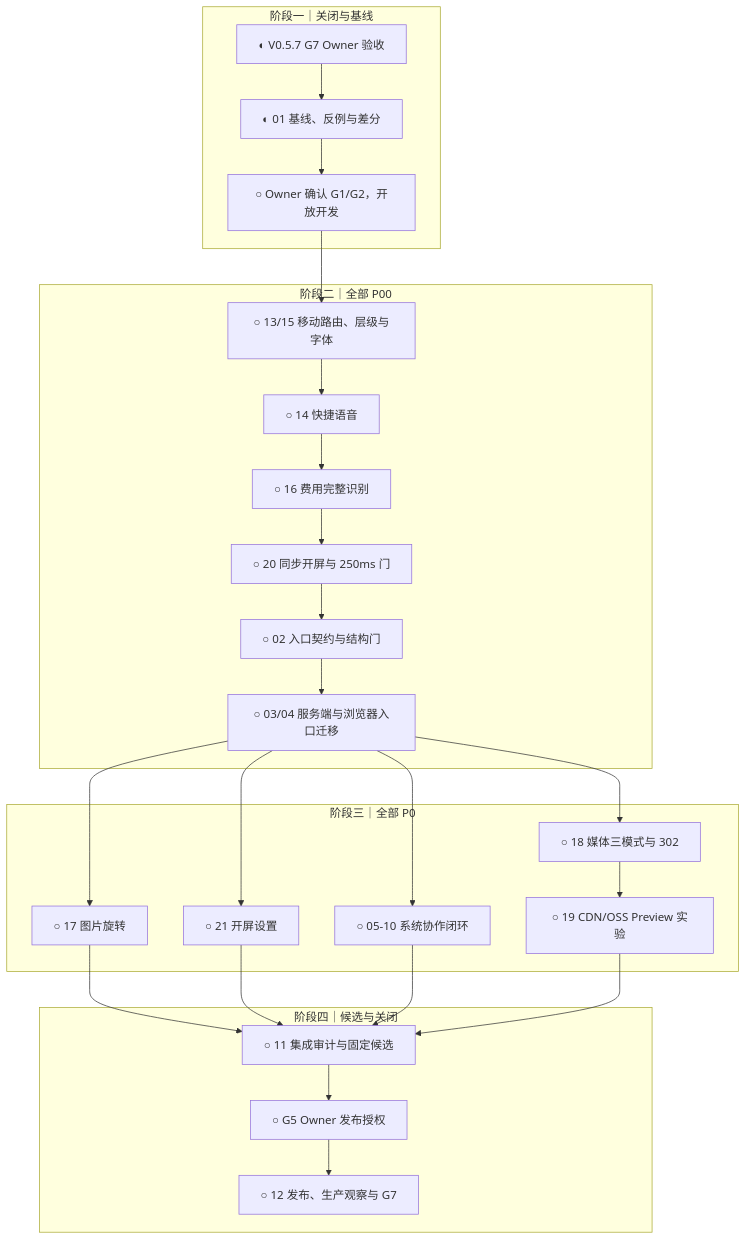
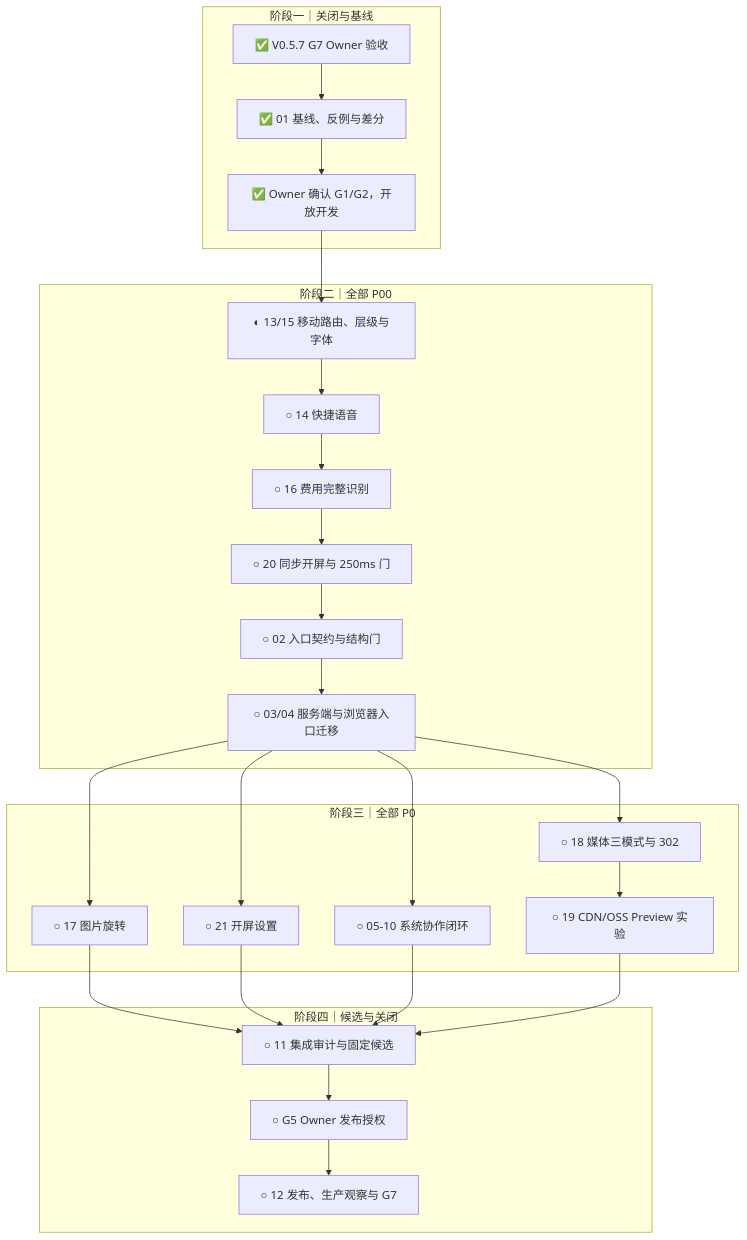
One commit to 77Liu/for-now changed the diagram in reports/iteration-plan-v0.5.8-2026-10-05.md. Above: the diagram before and after it, drawn with Mermaid. The commit also changed other lines of this file and 4 other files, not shown here.

````diff
--- a/reports/iteration-plan-v0.5.8-2026-10-05.md
+++ b/reports/iteration-plan-v0.5.8-2026-10-05.md
@@ -205,30 +206,30 @@
 ```mermaid
 flowchart TD
   subgraph GATE["阶段一｜关闭与基线"]
-    A["◐ V0.5.7 G7 Owner 验收"] --> B["◐ 01 基线、反例与差分"]
-    B --> C["○ Owner 确认 G1/G2，开放开发"]
+    A["✅ V0.5.7 G7 Owner 验收"] --> B["✅ 01 基线、反例与差分"]
+    B --> C["✅ Owner 确认 G1/G2，开放开发"]
   end
   subgraph P00["阶段二｜全部 P00"]
-    C --> D["○ 13/15 移动路由、层级与字体"]
+    C --> D["◐ 13/15 移动路由、层级与字体"]
     D --> E["○ 14 快捷语音"]
     E --> F["○ 16 费用完整识别"]
     F --> G["○ 20 同步开屏与 250ms 门"]
     G --> H["○ 02 入口契约与结构门"]
     H --> I["○ 03/04 服务端与浏览器入口迁移"]
   end
   subgraph P0["阶段三｜全部 P0"]
     I --> J["○ 17 图片旋转"]
     I --> K["○ 18 媒体三模式与 302"]
     I --> L["○ 21 开屏设置"]
     I --> M["○ 05-10 系统协作闭环"]
     K --> N["○ 19 CDN/OSS Preview 实验"]
   end
   subgraph RELEASE["阶段四｜候选与关闭"]
     J --> O["○ 11 集成审计与固定候选"]
     L --> O
     M --> O
     N --> O
     O --> P["○ G5 Owner 发布授权"]
     P --> Q["○ 12 发布、生产观察与 G7"]
   end
 ```
````
